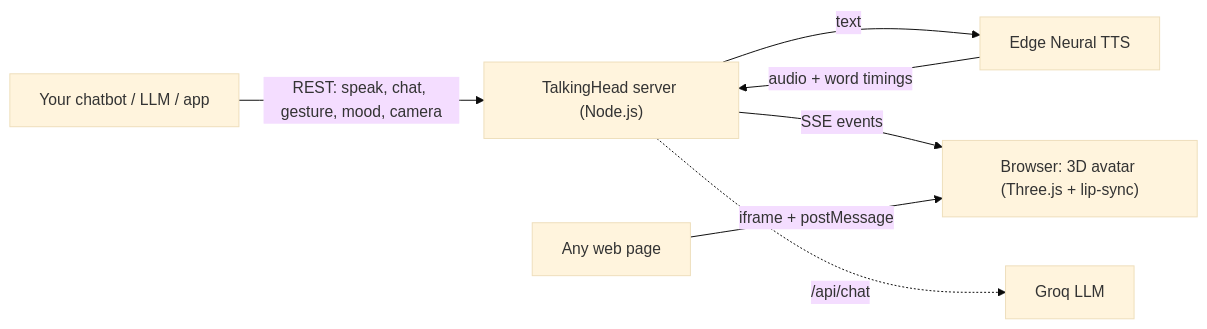
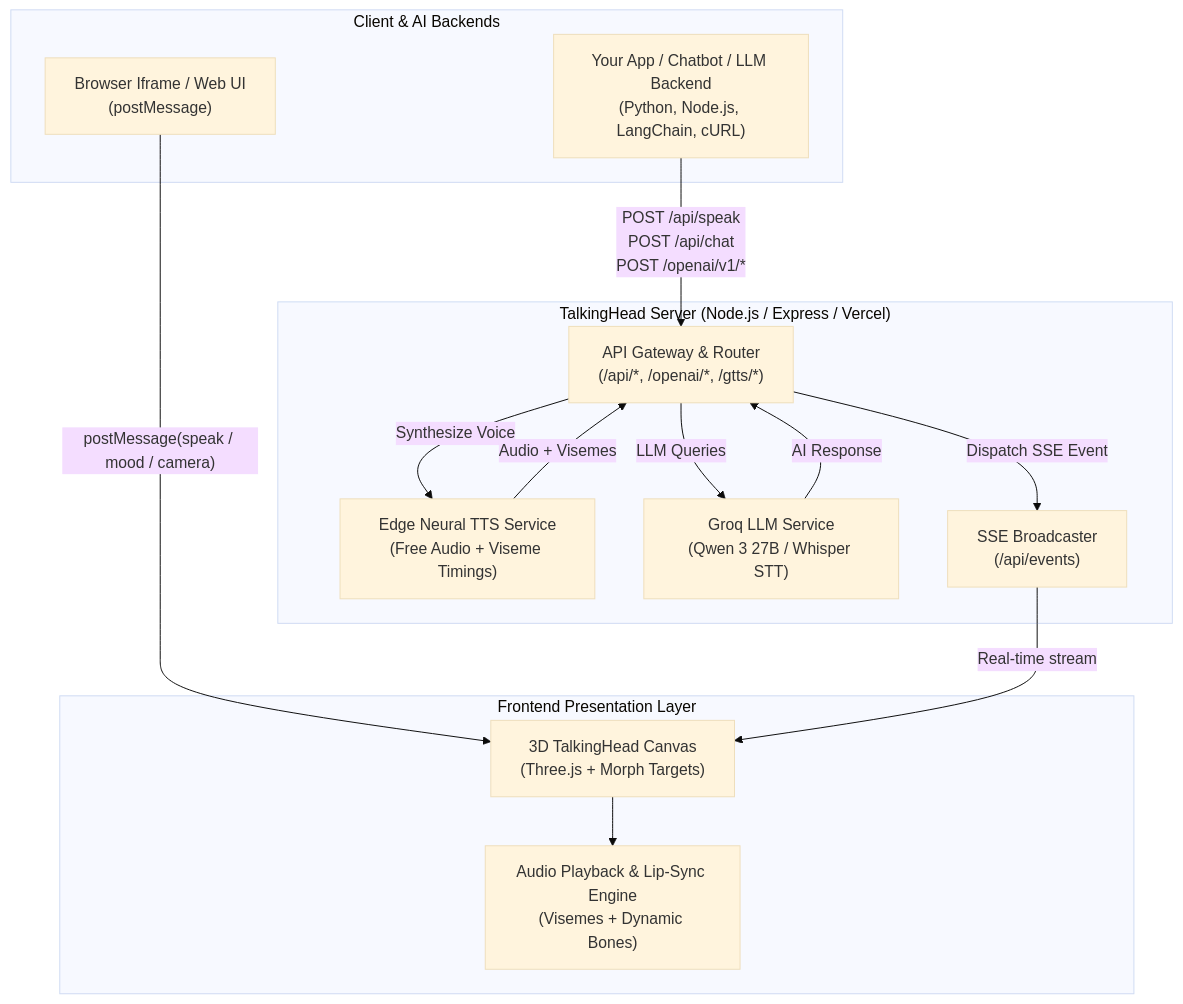
One commit to TheSuraj01/TalkingHead-3D changed the diagram in README.md. Above: the diagram before and after it, drawn with Mermaid (base theme). The commit also changed other lines of this file and 1 other file, not shown here.

````diff
--- a/README.md
+++ b/README.md
@@ -46,9 +56,29 @@
 ```mermaid
-flowchart LR
-    A["Your chatbot / LLM / app"] -->|"REST: speak, chat, gesture, mood, camera"| B["TalkingHead server (Node.js)"]
-    B -->|text| C["Edge Neural TTS"]
-    C -->|"audio + word timings"| B
-    B -->|"SSE events"| D["Browser: 3D avatar (Three.js + lip-sync)"]
-    E["Any web page"] -->|"iframe + postMessage"| D
-    B -.->|"/api/chat"| F["Groq LLM"]
+flowchart TD
+    subgraph Client ["Client & AI Backends"]
+        A["Your App / Chatbot / LLM Backend\n(Python, Node.js, LangChain, cURL)"]
+        B["Browser Iframe / Web UI\n(postMessage)"]
+    end
+
+    subgraph Server ["TalkingHead Server (Node.js / Express / Vercel)"]
+        S["API Gateway & Router\n(/api/*, /openai/*, /gtts/*)"]
+        TTS["Edge Neural TTS Service\n(Free Audio + Viseme Timings)"]
+        GROQ["Groq LLM Service\n(Qwen 3 27B / Whisper STT)"]
+        SSE["SSE Broadcaster\n(/api/events)"]
+    end
+
+    subgraph Renderer ["Frontend Presentation Layer"]
+        TH["3D TalkingHead Canvas\n(Three.js + Morph Targets)"]
+        AUDIO["Audio Playback & Lip-Sync Engine\n(Visemes + Dynamic Bones)"]
+    end
+
+    A -->|"POST /api/speak\nPOST /api/chat\nPOST /openai/v1/*"| S
+    B -->|"postMessage(speak / mood / camera)"| TH
+    S -->|"Synthesize Voice"| TTS
+    S -->|"LLM Queries"| GROQ
+    TTS -->|"Audio + Visemes"| S
+    GROQ -->|"AI Response"| S
+    S -->|"Dispatch SSE Event"| SSE
+    SSE -->|"Real-time stream"| TH
+    TH --> AUDIO
 ```
````
